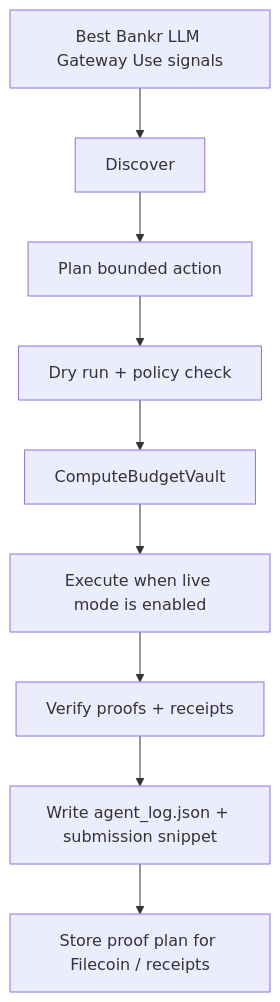
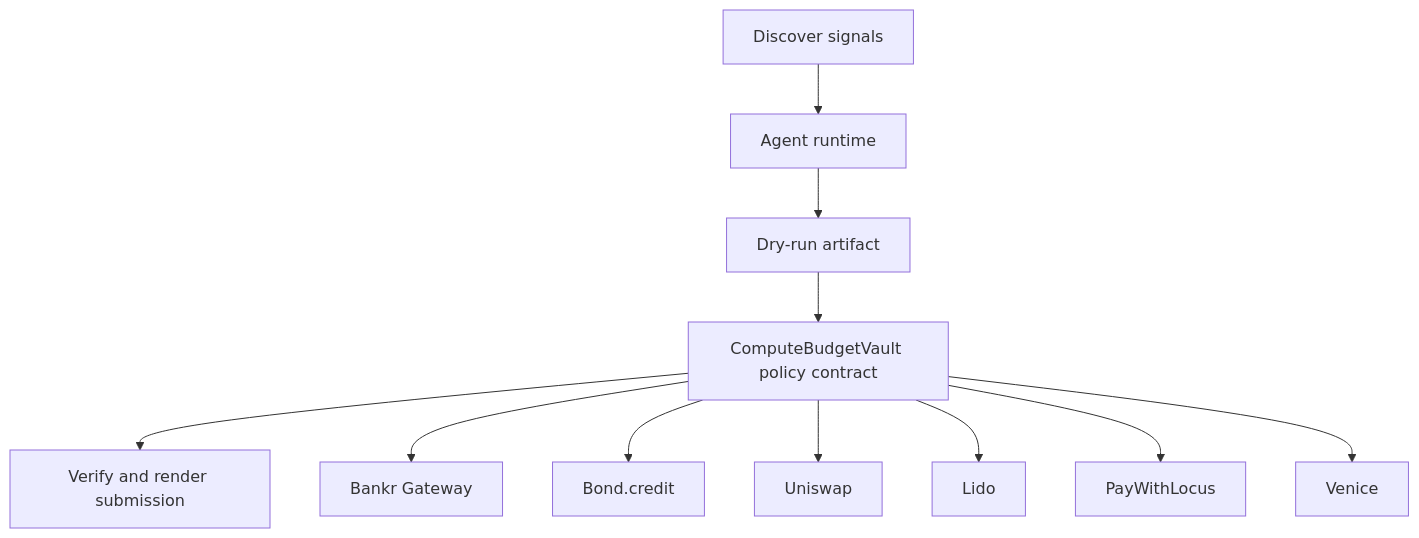
The diagram in README.md (CrystallineButterfly/Synthesis-Bankr-Gateway), drawn with Mermaid before and after one commit. The commit also changed other lines of this file and 998 other files, not shown here.

Commit message:
Implement bounded agent runtime

````diff
--- a/README.md
+++ b/README.md
@@ -30,11 +26,15 @@
-        ```mermaid
-        flowchart TD
-    Signals[Best Bankr LLM Gateway Use signals] --> Discover[Discover]
-    Discover --> Plan[Plan bounded action]
-    Plan --> DryRun[Dry run + policy check]
-    DryRun --> Guard[ComputeBudgetVault]
-    Guard --> Execute[Execute when live mode is enabled]
-    Execute --> Verify[Verify proofs + receipts]
-    Verify --> Persist[Write agent_log.json + submission snippet]
-    Persist --> Storage[Store proof plan for Filecoin / receipts]
-        ```
+```mermaid
+flowchart TD
+    Signals[Discover signals]
+    Planner[Agent runtime]
+    DryRun[Dry-run artifact]
+    Contract[ComputeBudgetVault policy contract]
+    Verify[Verify and render submission]
+    Signals --> Planner --> DryRun --> Contract --> Verify
+    Contract --> bankr_gateway[Bankr Gateway]
+    Contract --> bond_credit[Bond.credit]
+    Contract --> uniswap[Uniswap]
+    Contract --> lido[Lido]
+    Contract --> paywithlocus[PayWithLocus]
+    Contract --> venice[Venice]
+```
````
